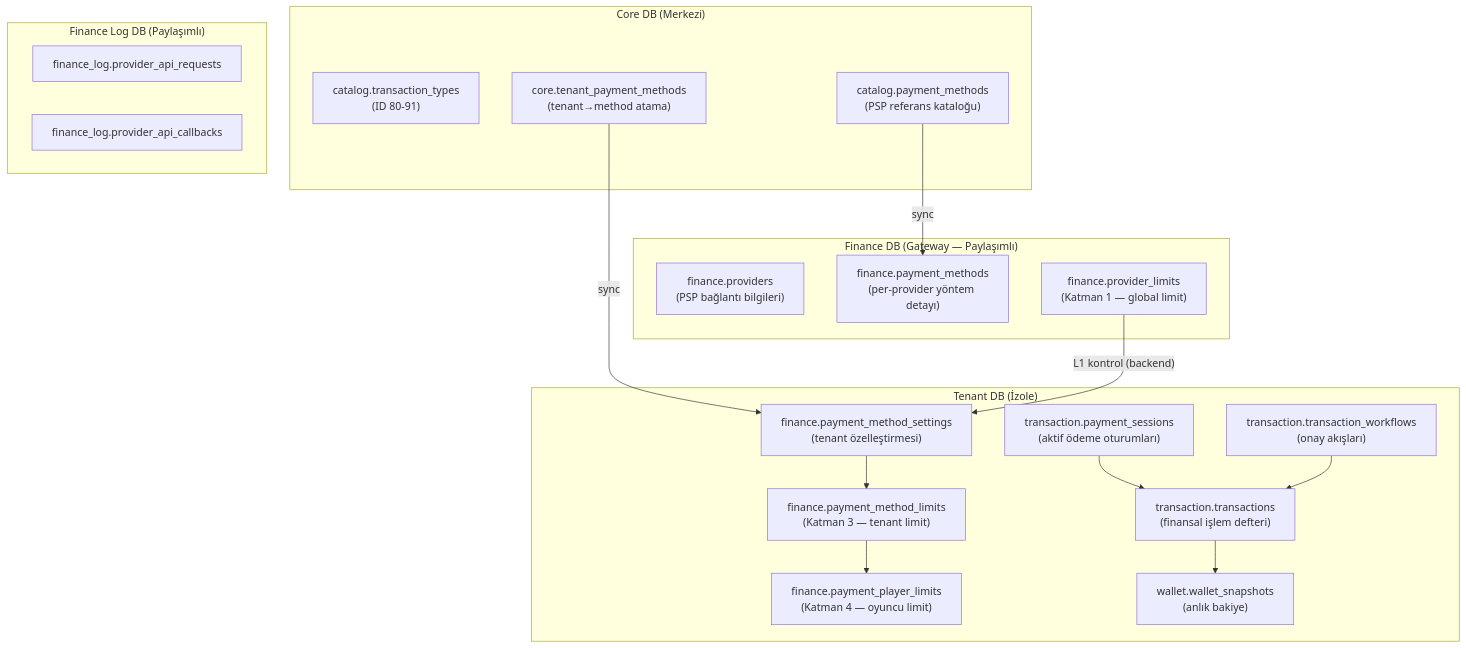
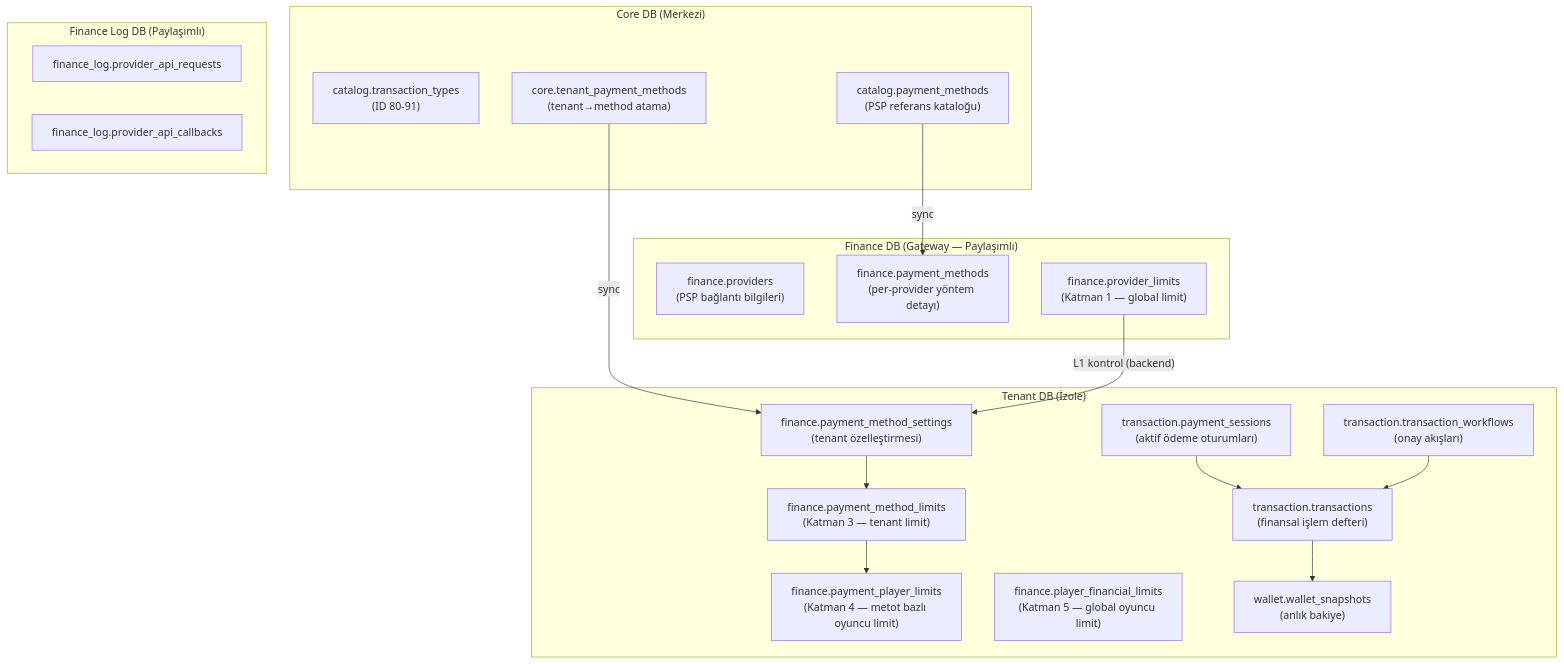
One commit to frhtshn/One.DB changed the first of 9 diagrams in .docs/guides/FINANCE_GATEWAY_GUIDE.md. Above: the diagram before and after it, drawn with Mermaid. The commit also changed other lines of this file and 28 other files, not shown here.

Commit message:
feat(finance): Add player financial limits management functions and table

````diff
--- a/.docs/guides/FINANCE_GATEWAY_GUIDE.md
+++ b/.docs/guides/FINANCE_GATEWAY_GUIDE.md
@@ -31,38 +31,39 @@
 ```mermaid
 flowchart TD
     subgraph CORE["Core DB (Merkezi)"]
         CT["catalog.transaction_types<br/>(ID 80-91)"]
         CPM["catalog.payment_methods<br/>(PSP referans kataloğu)"]
         TPM["core.tenant_payment_methods<br/>(tenant→method atama)"]
     end
 
     subgraph FINANCE["Finance DB (Gateway — Paylaşımlı)"]
         FPR["finance.providers<br/>(PSP bağlantı bilgileri)"]
         FPM["finance.payment_methods<br/>(per-provider yöntem detayı)"]
         FPL["finance.provider_limits<br/>(Katman 1 — global limit)"]
     end
 
     subgraph TENANT["Tenant DB (İzole)"]
         PMS["finance.payment_method_settings<br/>(tenant özelleştirmesi)"]
         PML["finance.payment_method_limits<br/>(Katman 3 — tenant limit)"]
-        PPL["finance.payment_player_limits<br/>(Katman 4 — oyuncu limit)"]
+        PPL["finance.payment_player_limits<br/>(Katman 4 — metot bazlı oyuncu limit)"]
+        PFL["finance.player_financial_limits<br/>(Katman 5 — global oyuncu limit)"]
         PS["transaction.payment_sessions<br/>(aktif ödeme oturumları)"]
         TX["transaction.transactions<br/>(finansal işlem defteri)"]
         WF["transaction.transaction_workflows<br/>(onay akışları)"]
         WS["wallet.wallet_snapshots<br/>(anlık bakiye)"]
     end
 
     subgraph FLOG["Finance Log DB (Paylaşımlı)"]
         REQ["finance_log.provider_api_requests"]
         CB["finance_log.provider_api_callbacks"]
     end
 
     CPM -->|"sync"| FPM
     TPM -->|"sync"| PMS
     FPL -->|"L1 kontrol (backend)"| PMS
     PMS --> PML
     PML --> PPL
     PS --> TX
     TX --> WS
     WF --> TX
 ```
````
